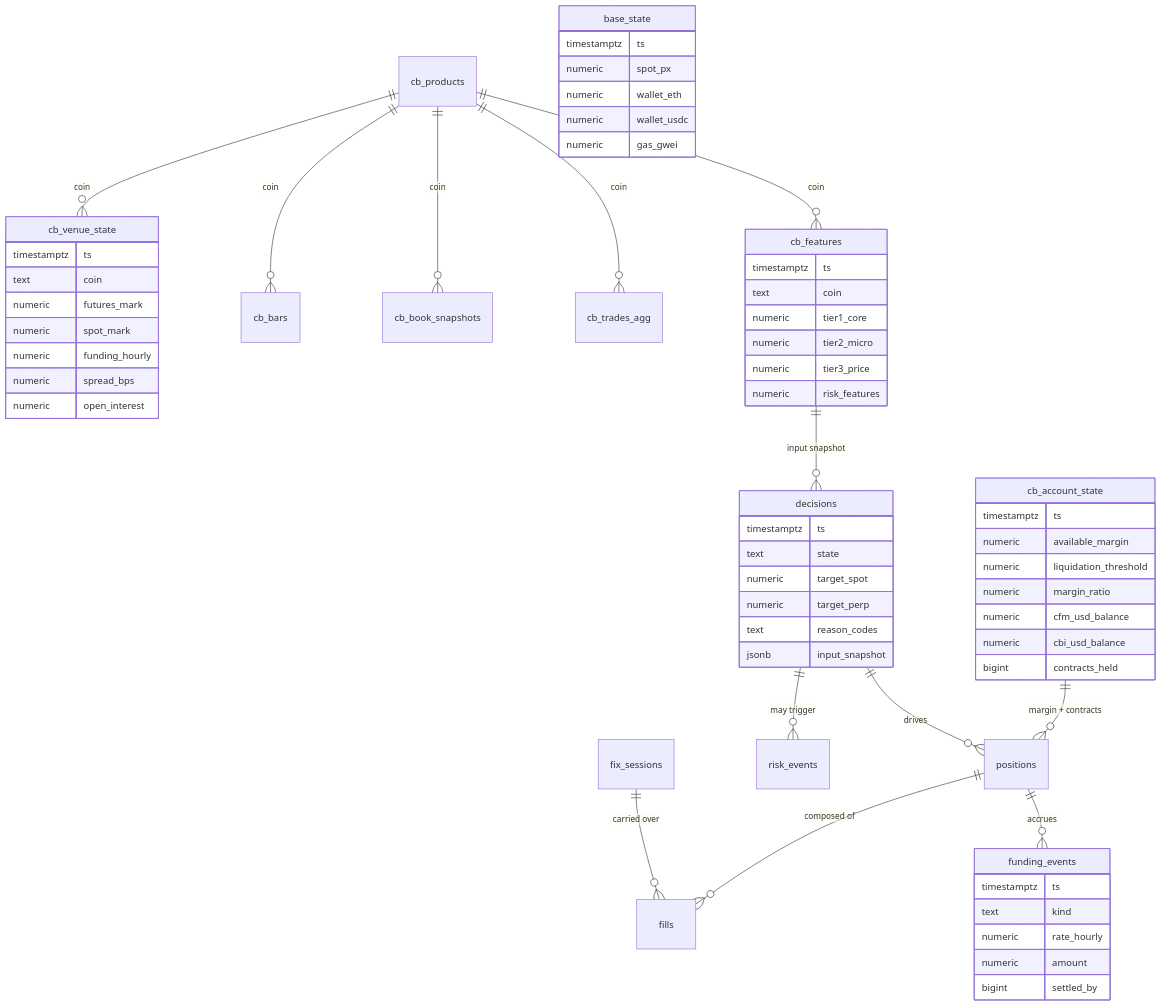
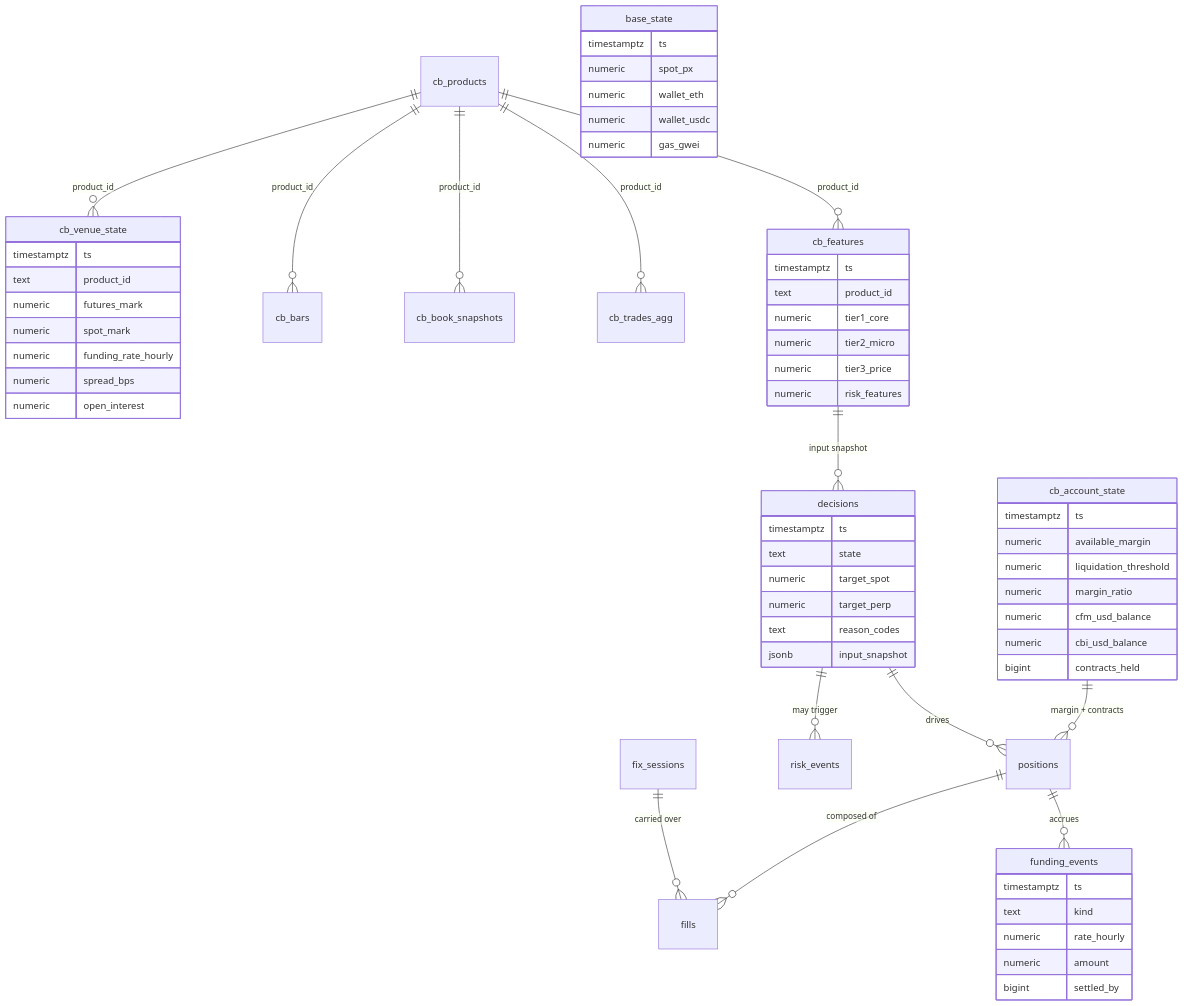
One commit to Jason-Dorman/funding-carry changed the ninth of 10 diagrams in docs/architecture.md. Above: the diagram before and after it, drawn with Mermaid. The commit also changed other lines of this file and 37 other files, not shown here.

Commit message:
creating db schema

````diff
--- a/docs/architecture.md
+++ b/docs/architecture.md
@@ -312,64 +312,64 @@
 ```mermaid
 erDiagram
-    cb_products ||--o{ cb_venue_state : coin
-    cb_products ||--o{ cb_bars : coin
-    cb_products ||--o{ cb_book_snapshots : coin
-    cb_products ||--o{ cb_trades_agg : coin
-    cb_products ||--o{ cb_features : coin
+    cb_products ||--o{ cb_venue_state : product_id
+    cb_products ||--o{ cb_bars : product_id
+    cb_products ||--o{ cb_book_snapshots : product_id
+    cb_products ||--o{ cb_trades_agg : product_id
+    cb_products ||--o{ cb_features : product_id
     cb_features ||--o{ decisions : "input snapshot"
     cb_account_state ||--o{ positions : "margin + contracts"
     decisions ||--o{ positions : "drives"
     positions ||--o{ fills : "composed of"
     positions ||--o{ funding_events : "accrues"
     decisions ||--o{ risk_events : "may trigger"
     fix_sessions ||--o{ fills : "carried over"
 
     cb_venue_state {
         timestamptz ts
-        text coin
+        text product_id
         numeric futures_mark
         numeric spot_mark
-        numeric funding_hourly
+        numeric funding_rate_hourly
         numeric spread_bps
         numeric open_interest
     }
     cb_features {
         timestamptz ts
-        text coin
+        text product_id
         numeric tier1_core
         numeric tier2_micro
         numeric tier3_price
         numeric risk_features
     }
     decisions {
         timestamptz ts
         text state
         numeric target_spot
         numeric target_perp
         text reason_codes
         jsonb input_snapshot
     }
     base_state {
         timestamptz ts
         numeric spot_px
         numeric wallet_eth
         numeric wallet_usdc
         numeric gas_gwei
     }
     cb_account_state {
         timestamptz ts
         numeric available_margin
         numeric liquidation_threshold
         numeric margin_ratio
         numeric cfm_usd_balance
         numeric cbi_usd_balance
         bigint contracts_held
     }
     funding_events {
         timestamptz ts
         text kind
         numeric rate_hourly
         numeric amount
         bigint settled_by
     }
 ```
````
